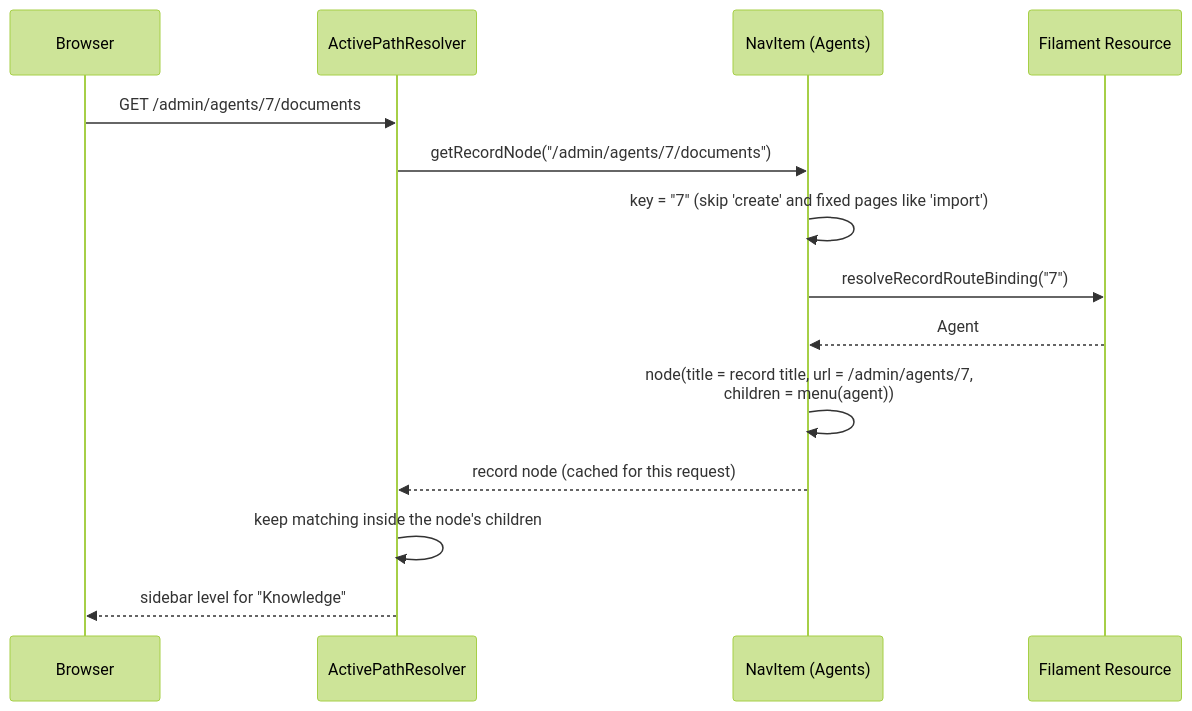
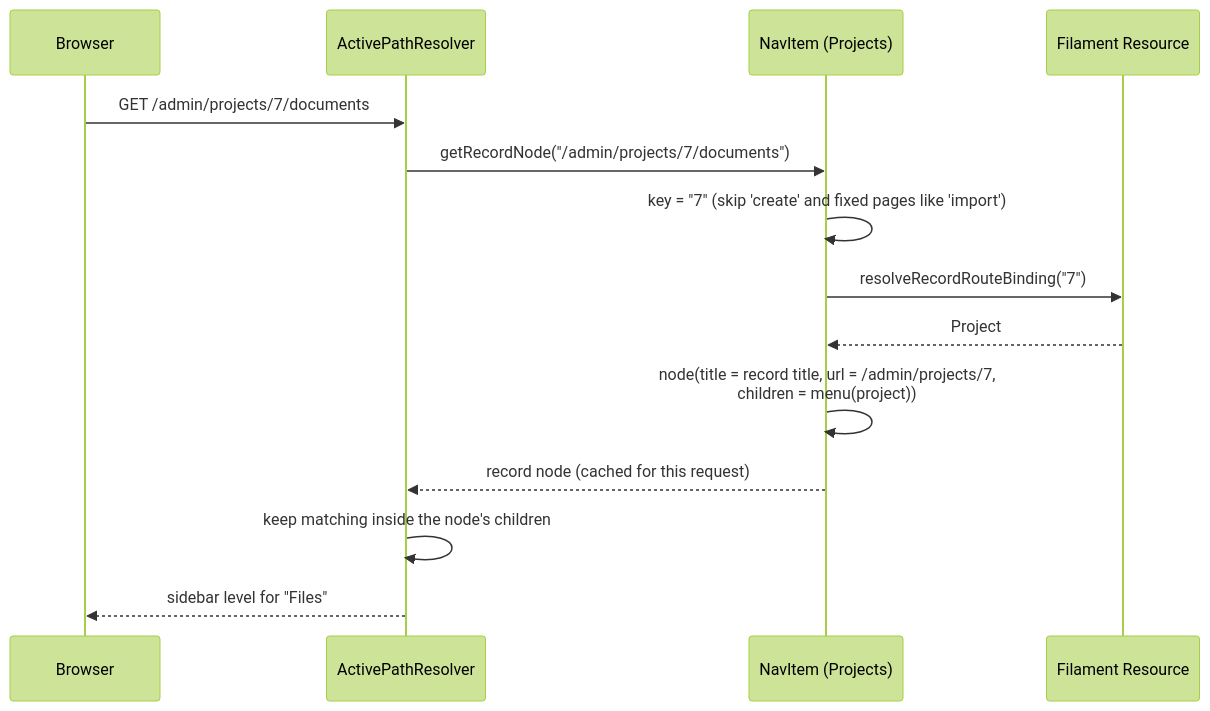
Before and after one commit to solutionforest/filament-drilldown-nav: the fourth of 6 diagrams in docs/how-it-works.md, drawn with Mermaid (forest theme). The commit also changed other lines of this file and 41 other files, not shown here.

````diff
--- a/docs/how-it-works.md
+++ b/docs/how-it-works.md
@@ -79,16 +79,16 @@
 ```mermaid
 sequenceDiagram
     participant U as Browser
     participant R as ActivePathResolver
-    participant I as NavItem (Agents)
+    participant I as NavItem (Projects)
     participant F as Filament Resource
-    U->>R: GET /admin/agents/7/documents
-    R->>I: getRecordNode("/admin/agents/7/documents")
+    U->>R: GET /admin/projects/7/documents
+    R->>I: getRecordNode("/admin/projects/7/documents")
     I->>I: key = "7" (skip 'create' and fixed pages like 'import')
     I->>F: resolveRecordRouteBinding("7")
-    F-->>I: Agent #7 (or null: not a record)
-    I->>I: node(title = record title, url = /admin/agents/7,<br/>children = menu(agent))
+    F-->>I: Project #7 (or null: not a record)
+    I->>I: node(title = record title, url = /admin/projects/7,<br/>children = menu(project))
     I-->>R: record node (cached for this request)
     R->>R: keep matching inside the node's children
-    R-->>U: sidebar level for "Knowledge"
+    R-->>U: sidebar level for "Files"
 ```
````
